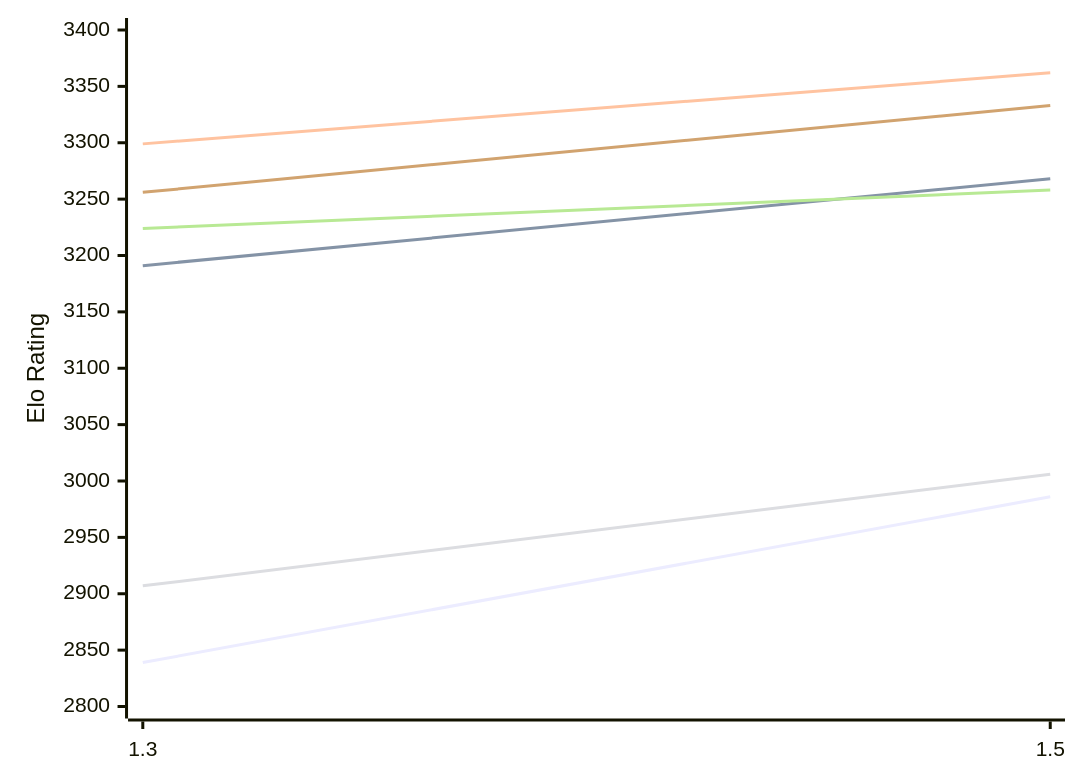
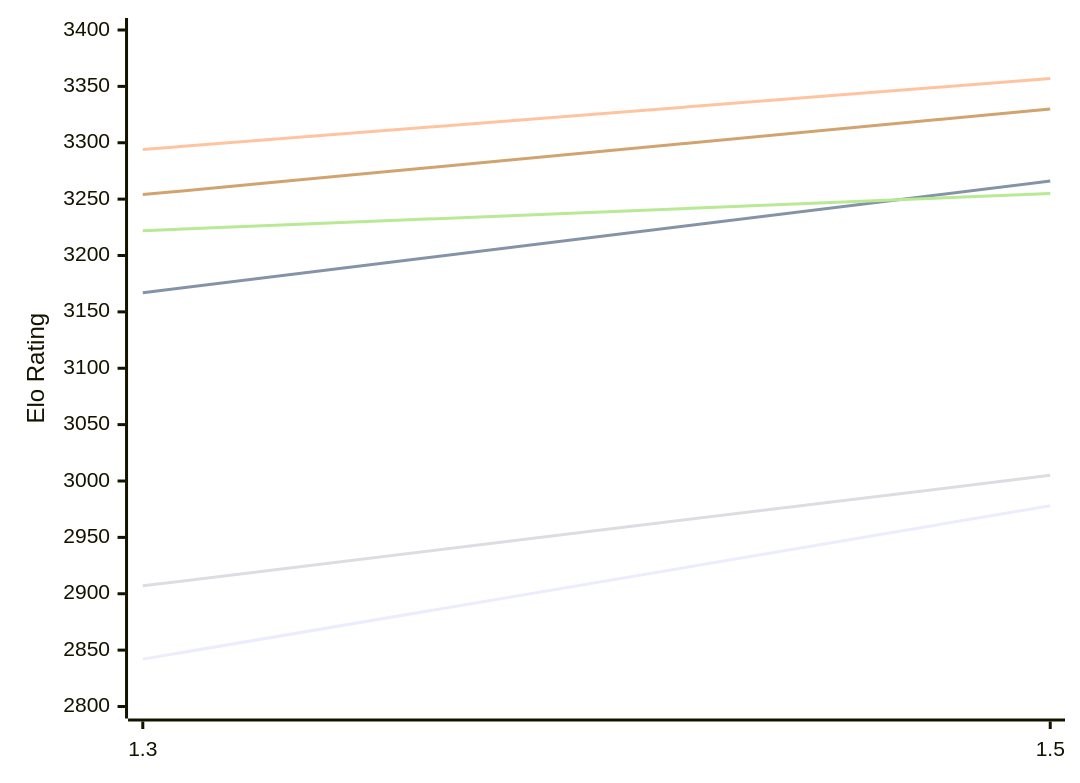
The first of 2 diagrams in engines/Lambergar.md (computer-chess-index/cci), drawn with Mermaid before and after one commit. The commit also changed other lines of this file, not shown here.

Commit message:
Update CCI Ratings (ELO VLTC) - 2026-11-26

````diff
--- a/engines/Lambergar.md
+++ b/engines/Lambergar.md
@@ -50,12 +50,12 @@
 ```mermaid
 %%{init: {"theme":"base","themeVariables":{"seriesColors:['#a3a3a3','#222221','#faa371']}}}%%
 xychart-beta
   x-axis ["1.3", "1.5"]
   y-axis "Elo Rating" 2800 --> 3400
-  line "E1: STC (8.0+0.08s)" [2839, 2986]
-  line "E1: LTC (60.0+0.60s)" [3191, 3268]
-  line "E1: VLTC (2m24s+1.12s)" [3299, 3362]
-  line "P1: STC (8.0+0.08s)" [2907, 3006]
-  line "P1: LTC (60.0+0.60s)" [3224, 3258]
-  line "P1: VLTC (2m24s+1.12s)" [3256, 3333]
+  line "E1: STC (8.0+0.08s)" [2842, 2978]
+  line "E1: LTC (60.0+0.60s)" [3167, 3266]
+  line "E1: VLTC (2m24s+1.12s)" [3294, 3357]
+  line "P1: STC (8.0+0.08s)" [2907, 3005]
+  line "P1: LTC (60.0+0.60s)" [3222, 3255]
+  line "P1: VLTC (2m24s+1.12s)" [3254, 3330]
 ```
````
